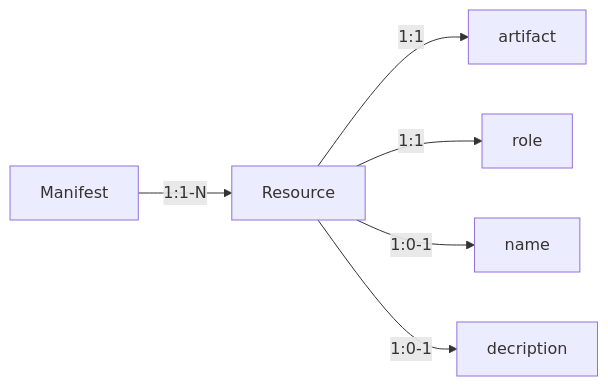
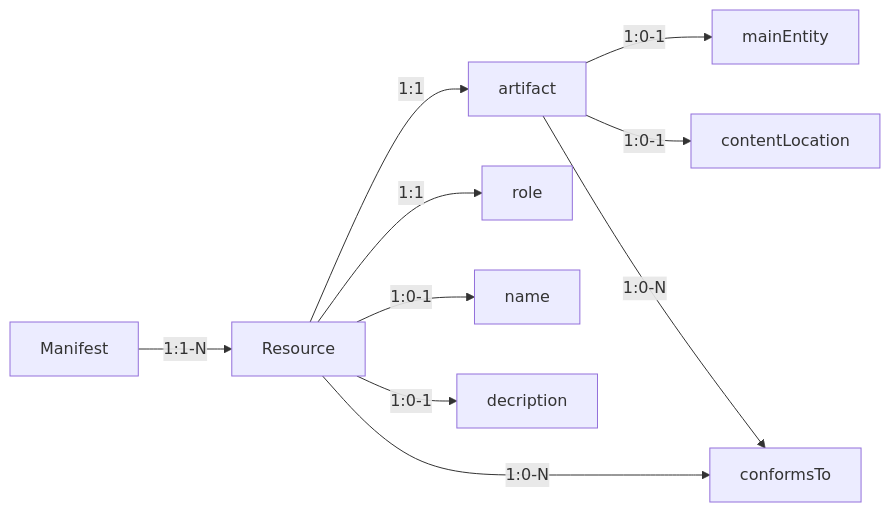
The diagram in docs/manifest.md (Kurrawong/prez.dev), drawn with Mermaid before and after one commit. The commit also changed other lines of this file and 1 other file, not shown here.

Commit message:
include PM model extension for mainEntity & CCs and add validator

````diff
--- a/docs/manifest.md
+++ b/docs/manifest.md
@@ -14,8 +14,12 @@
 ``` mermaid
 graph LR
   Manifest --1:1-N--> Resource;
   Resource --1:1--> artifact;
   Resource --1:1--> role;
   Resource --1:0-1--> name;
   Resource --1:0-1--> decription;
+  Resource --1:0-N--> conformsTo;
+  artifact --1:0-1--> mainEntity;
+  artifact --1:0-1--> contentLocation;
+  artifact --1:0-N--> conformsTo;
 ```
````
